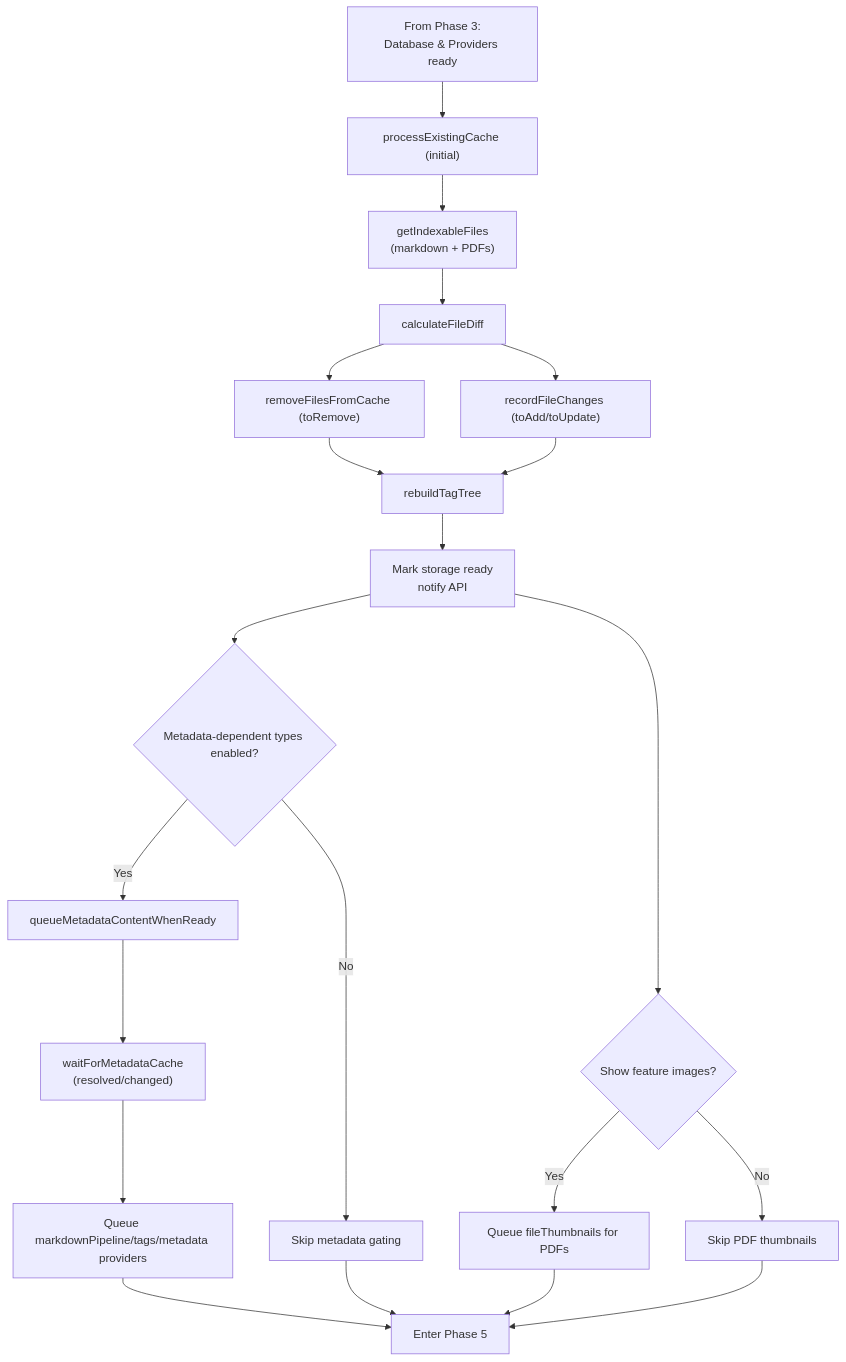
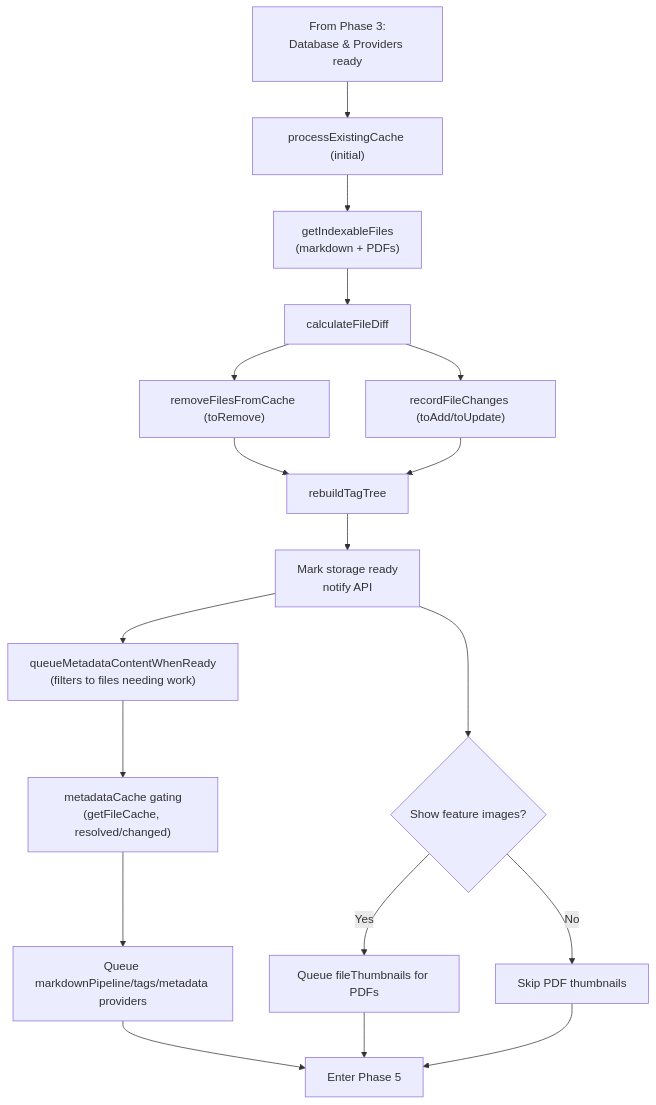
One commit to voi-tech/notebook-navigator changed the diagram in docs/startup-process.md. Above: the diagram before and after it, drawn with Mermaid. The commit also changed other lines of this file and 7 other files, not shown here.

````diff
--- a/docs/startup-process.md
+++ b/docs/startup-process.md
@@ -220,30 +255,27 @@
 ```mermaid
 graph TD
     Start["From Phase 3:<br/>Database & Providers ready"] --> A["processExistingCache (initial)"]
 
     A --> B["getIndexableFiles<br/>(markdown + PDFs)"]
     B --> C[calculateFileDiff]
 
     C --> D["removeFilesFromCache (toRemove)"]
     C --> E["recordFileChanges (toAdd/toUpdate)"]
 
     D --> F[rebuildTagTree]
     E --> F
 
     F --> G[Mark storage ready<br/>notify API]
 
-    G --> H{Metadata-dependent types enabled?}
-    H -->|Yes| I[queueMetadataContentWhenReady]
-    I --> J["waitForMetadataCache<br/>(resolved/changed)"]
-    J --> K["Queue markdownPipeline/tags/metadata providers"]
-    H -->|No| L[Skip metadata gating]
+    G --> H["queueMetadataContentWhenReady<br/>(filters to files needing work)"]
+    H --> I["metadataCache gating<br/>(getFileCache, resolved/changed)"]
+    I --> J["Queue markdownPipeline/tags/metadata providers"]
 
-    G --> M{Show feature images?}
-    M -->|Yes| N[Queue fileThumbnails for PDFs]
-    M -->|No| O[Skip PDF thumbnails]
+    G --> K{Show feature images?}
+    K -->|Yes| L[Queue fileThumbnails for PDFs]
+    K -->|No| M[Skip PDF thumbnails]
 
-    K --> P[Enter Phase 5]
-    N --> P
-    L --> P
-    O --> P
+    J --> N[Enter Phase 5]
+    L --> N
+    M --> N
 ```
````
